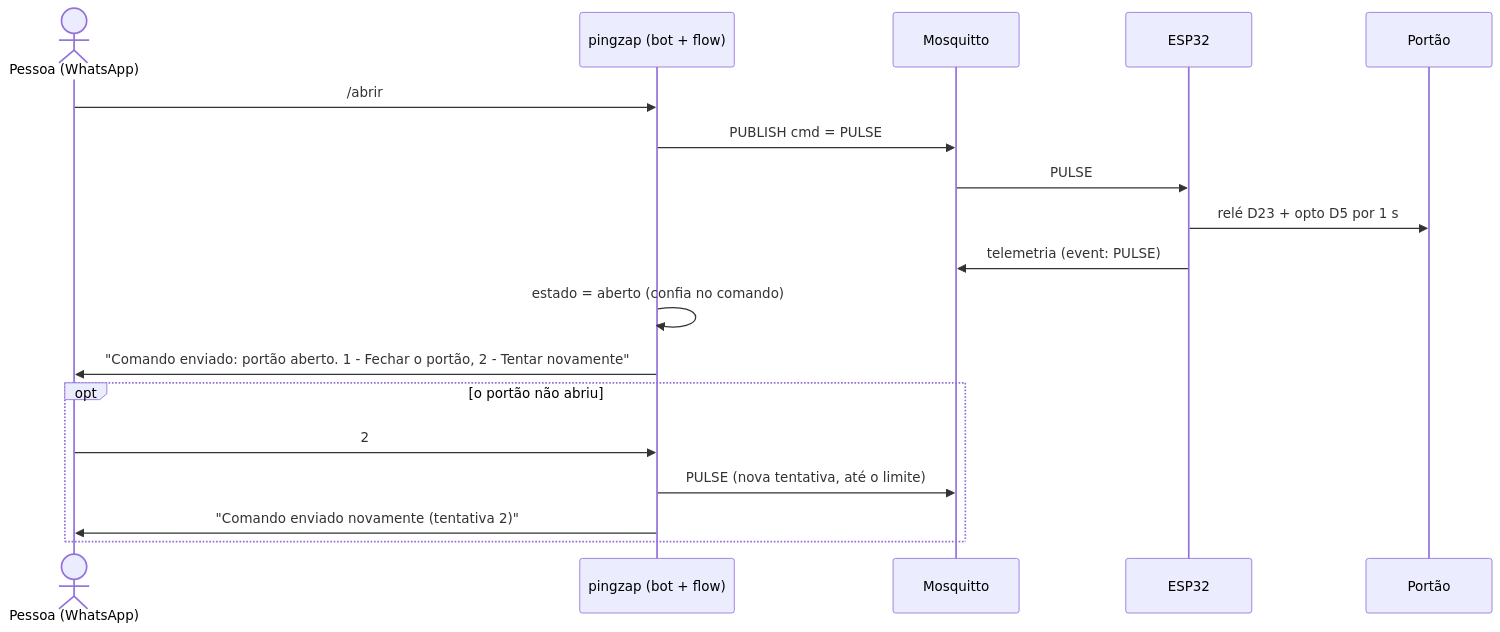
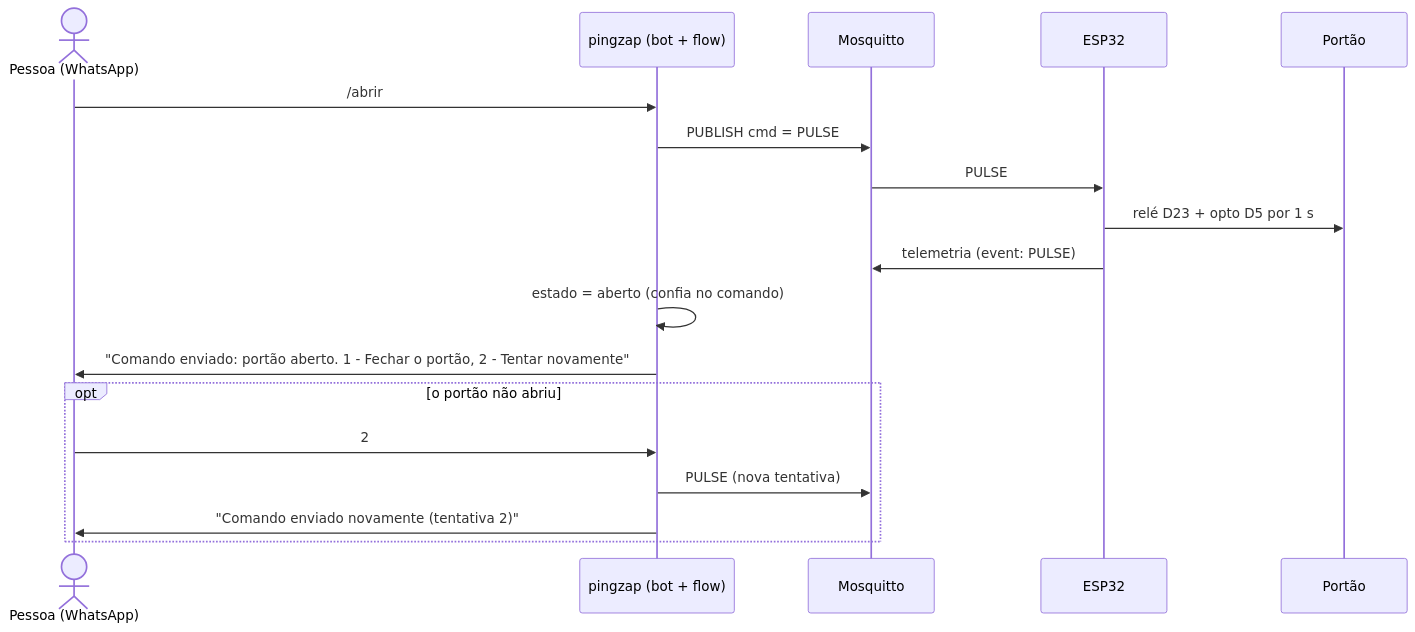
One commit to JoseAntonioPdosSantos/pingzap changed the third of 6 diagrams in docs/arquitetura.md. Above: the diagram before and after it, drawn with Mermaid. The commit also changed other lines of this file and 22 other files, not shown here.

````diff
--- a/docs/arquitetura.md
+++ b/docs/arquitetura.md
@@ -119,20 +119,20 @@
 ```mermaid
 sequenceDiagram
     actor P as Pessoa (WhatsApp)
     participant B as pingzap (bot + flow)
     participant M as Mosquitto
     participant E as ESP32
     participant G as Portão
     P->>B: /abrir
     B->>M: PUBLISH cmd = PULSE
     M->>E: PULSE
     E->>G: relé D23 + opto D5 por 1 s
     E->>M: telemetria (event: PULSE)
     B->>B: estado = aberto (confia no comando)
     B->>P: "Comando enviado: portão aberto. 1 - Fechar o portão, 2 - Tentar novamente"
     opt o portão não abriu
         P->>B: 2
-        B->>M: PULSE (nova tentativa, até o limite)
+        B->>M: PULSE (nova tentativa)
         B->>P: "Comando enviado novamente (tentativa 2)"
     end
 ```
````
